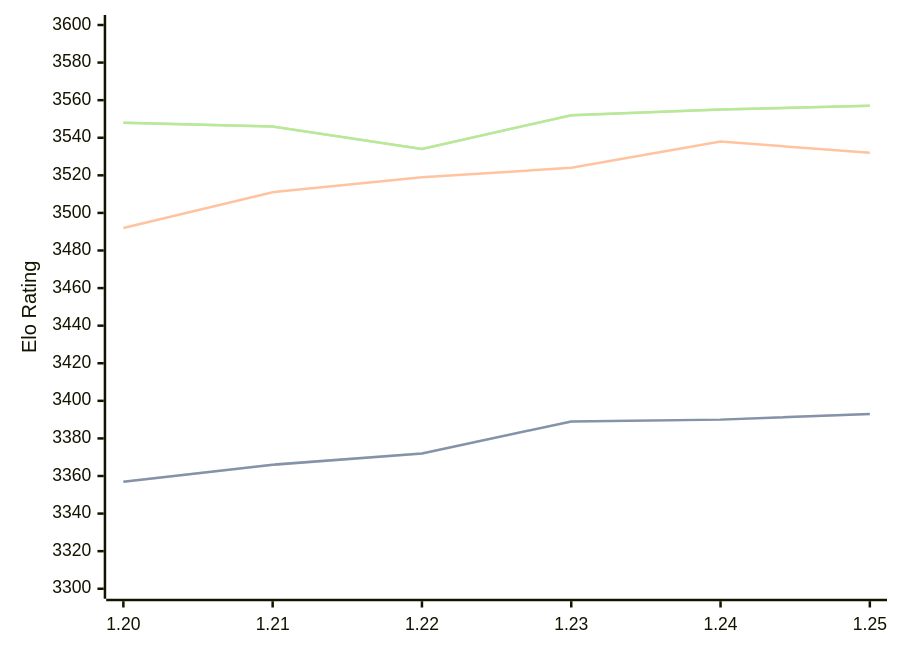
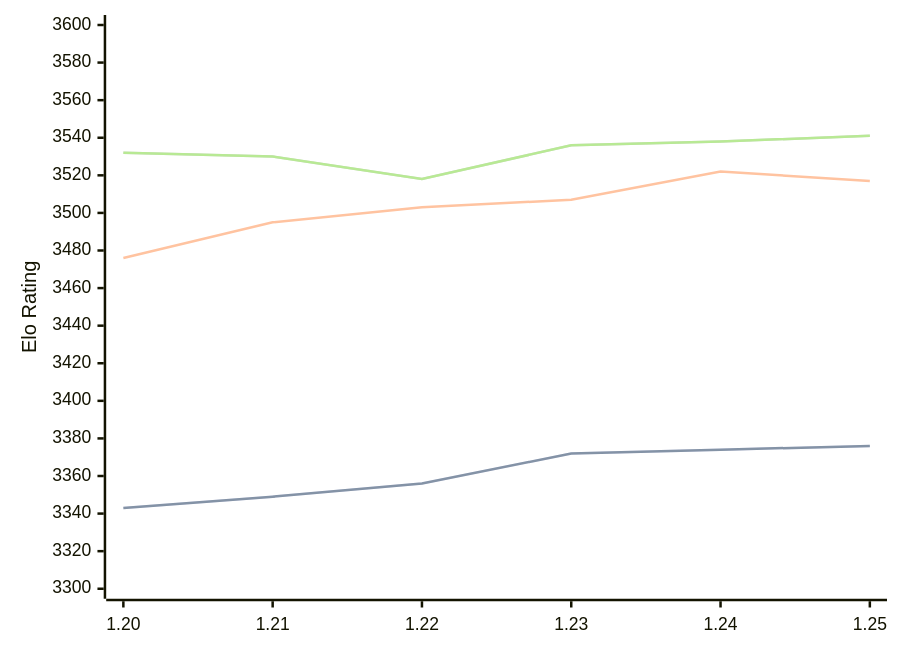
The diagram in engines/Caissa.md (computer-chess-index/cci), drawn with Mermaid before and after one commit. The commit also changed other lines of this file, not shown here.

Commit message:
Update CCI Ratings (ELO VLTC) - 2026-05-20

````diff
--- a/engines/Caissa.md
+++ b/engines/Caissa.md
@@ -65,11 +65,11 @@
 ```mermaid
 %%{init: {"theme":"base","themeVariables":{"seriesColors:['#a3a3a3','#222221','#faa371']}}}%%
 xychart-beta
   x-axis ["1.20", "1.21", "1.22", "1.23", "1.24", "1.25"]
   y-axis "Elo Rating" 3300 --> 3600
-  line "STC (8.0+0.08s)" [3357, 3366, 3372, 3389, 3390, 3393]
-  line "STC (8.0+0.08s)" [3357, 3366, 3372, 3389, 3390, 3393]
-  line "LTC (60.0+0.60s)" [3492, 3511, 3519, 3524, 3538, 3532]
-  line "VLTC (2m24s+1.12s)" [3548, 3546, 3534, 3552, 3555, 3557]
-  line "VLTC (2m24s+1.12s)" [3548, 3546, 3534, 3552, 3555, 3557]
+  line "STC (8.0+0.08s)" [3343, 3349, 3356, 3372, 3374, 3376]
+  line "STC (8.0+0.08s)" [3343, 3349, 3356, 3372, 3374, 3376]
+  line "LTC (60.0+0.60s)" [3476, 3495, 3503, 3507, 3522, 3517]
+  line "VLTC (2m24s+1.12s)" [3532, 3530, 3518, 3536, 3538, 3541]
+  line "VLTC (2m24s+1.12s)" [3532, 3530, 3518, 3536, 3538, 3541]
 ```
````
